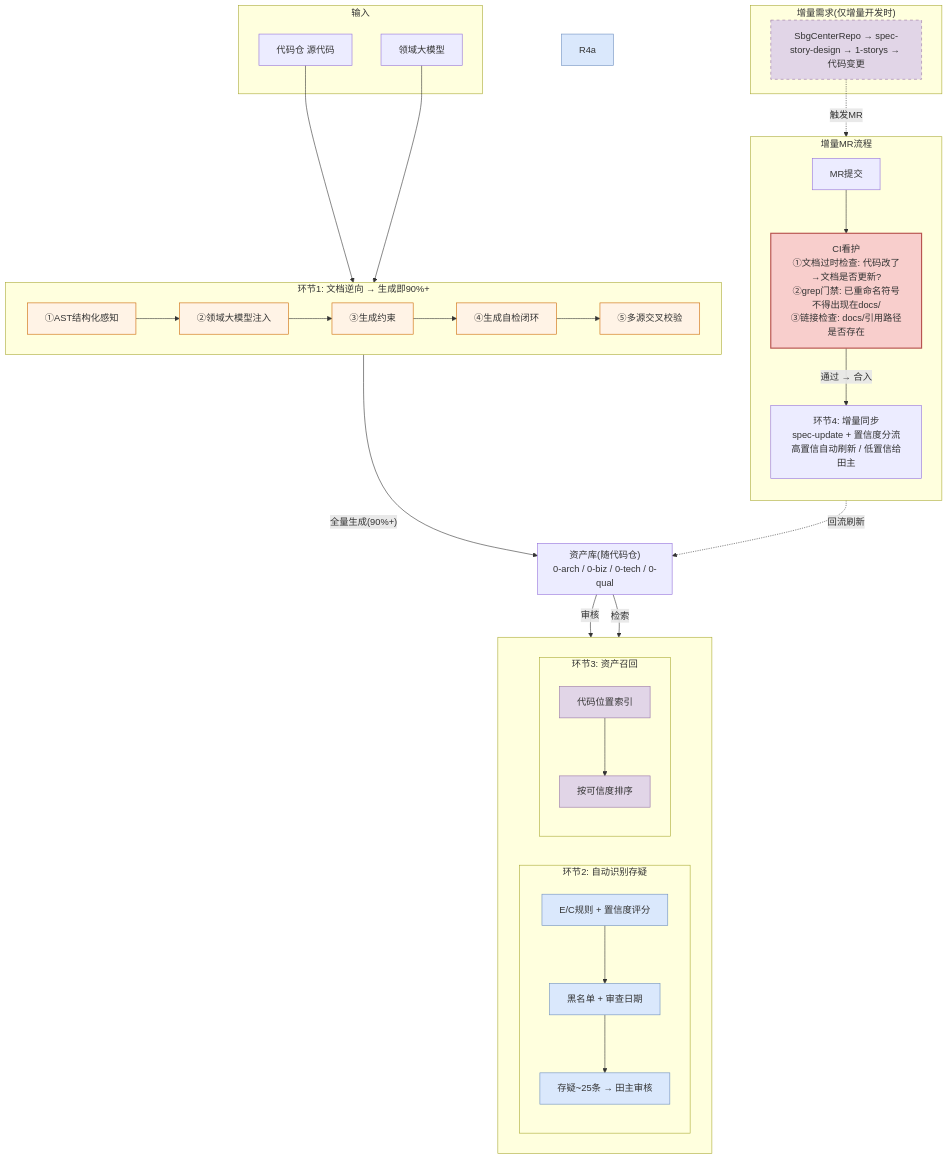
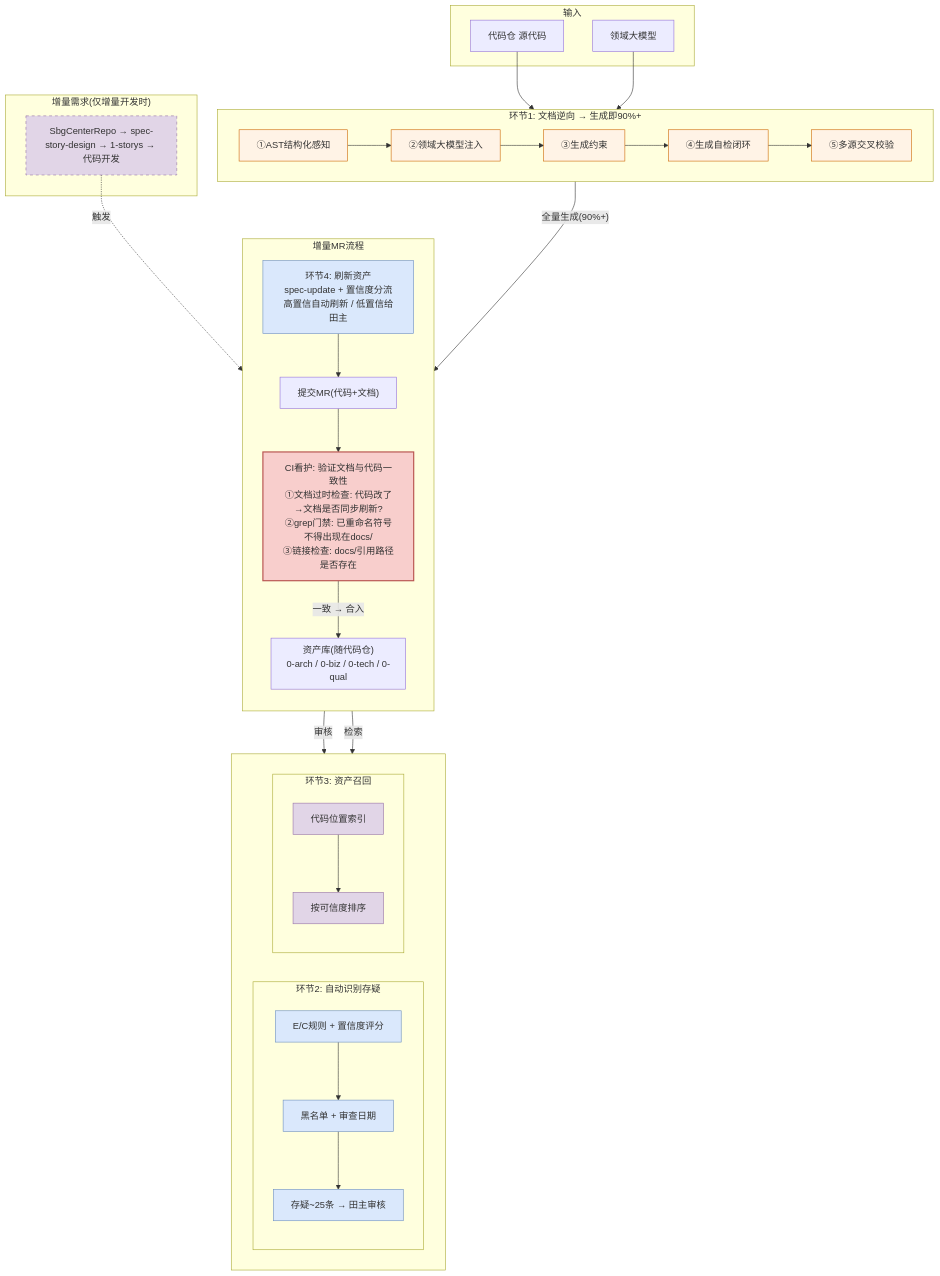
Before and after one commit to hututuxinyu/Memory: the first of 3 diagrams in POC/云核知识资产治理解决方案.md, drawn with Mermaid. The commit also changed other lines of this file, not shown here.

Commit message:
fix: sync architecture diagram with MR-before-refresh design — fix R4a→R4, 增量同步→增量刷新, table descriptions aligned

````diff
--- a/POC/云核知识资产治理解决方案.md
+++ b/POC/云核知识资产治理解决方案.md
@@ -18,70 +18,70 @@
 ```mermaid
 flowchart TB
     subgraph Input["输入"]
         I1["代码仓 源代码"]
         I2["领域大模型"]
     end
 
     subgraph R1["环节1: 文档逆向 → 生成即90%+"]
         direction LR
         R1a["①AST结构化感知"]
         R1b["②领域大模型注入"]
         R1c["③生成约束"]
         R1d["④生成自检闭环"]
         R1e["⑤多源交叉校验"]
         R1a --> R1b --> R1c --> R1d --> R1e
     end
 
     subgraph Assets["资产库(随代码仓)<br/>0-arch / 0-biz / 0-tech / 0-qual"]
     end
 
     subgraph Bottom[" "]
         direction LR
         subgraph R2["环节2: 自动识别存疑"]
             R2a["E/C规则 + 置信度评分"]
             R2b["黑名单 + 审查日期"]
             R2c["存疑~25条 → 田主审核"]
             R2a --> R2b --> R2c
         end
         subgraph R3["环节3: 资产召回"]
             R3a["代码位置索引"]
             R3b["按可信度排序"]
             R3a --> R3b
         end
     end
 
     subgraph MRFlow["增量MR流程"]
         direction TB
-        MR["MR提交"]
-        CI["CI看护<br/>①文档过时检查: 代码改了→文档是否更新?<br/>②grep门禁: 已重命名符号不得出现在docs/<br/>③链接检查: docs/引用路径是否存在"]
-        R4["环节4: 增量同步<br/>spec-update + 置信度分流<br/>高置信自动刷新 / 低置信给田主"]
+        R4["环节4: 刷新资产<br/>spec-update + 置信度分流<br/>高置信自动刷新 / 低置信给田主"]
+        MR["提交MR(代码+文档)"]
+        CI["CI看护: 验证文档与代码一致性<br/>①文档过时检查: 代码改了→文档是否同步刷新?<br/>②grep门禁: 已重命名符号不得出现在docs/<br/>③链接检查: docs/引用路径是否存在"]
+        R4 --> MR
         MR --> CI
-        CI -->|"通过 → 合入"| R4
+        CI -->|"一致 → 合入"| Assets
     end
 
     I1 --> R1
     I2 --> R1
     R1 -->|"全量生成(90%+)"| Assets
     Assets -->|"审核"| R2
     Assets -->|"检索"| R3
-    R4 -.->|"回流刷新"| Assets
 
     subgraph Trigger["增量需求(仅增量开发时)"]
-        T1["SbgCenterRepo → spec-story-design → 1-storys → 代码变更"]
+        T1["SbgCenterRepo → spec-story-design → 1-storys → 代码开发"]
     end
-    T1 -.->|"触发MR"| MR
+    T1 -.->|"触发"| R4
 
     style R1a fill:#fff3e6,stroke:#cc6600
     style R1b fill:#fff3e6,stroke:#cc6600
     style R1c fill:#fff3e6,stroke:#cc6600
     style R1d fill:#fff3e6,stroke:#cc6600
     style R1e fill:#fff3e6,stroke:#cc6600
     style R2a fill:#dae8fc,stroke:#6c8ebf
     style R2b fill:#dae8fc,stroke:#6c8ebf
     style R2c fill:#dae8fc,stroke:#6c8ebf
     style R3a fill:#e1d5e7,stroke:#9673a6
     style R3b fill:#e1d5e7,stroke:#9673a6
     style CI fill:#f8cecc,stroke:#b85450,stroke-width:2px
-    style R4a fill:#dae8fc,stroke:#6c8ebf
+    style R4 fill:#dae8fc,stroke:#6c8ebf
     style T1 fill:#e1d5e7,stroke:#9673a6,stroke-dasharray:5 5
 ```
````
